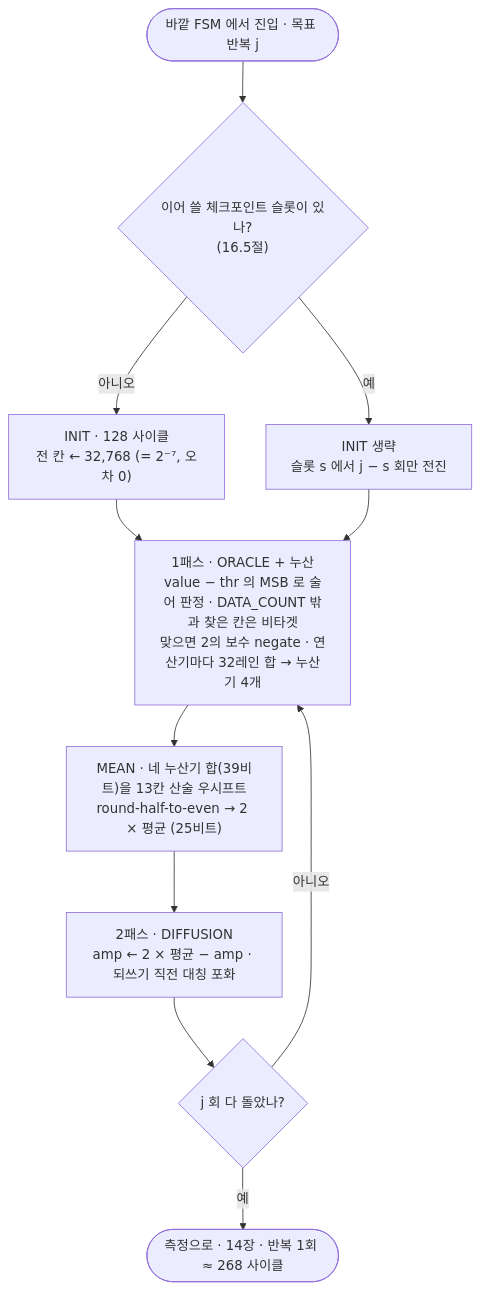
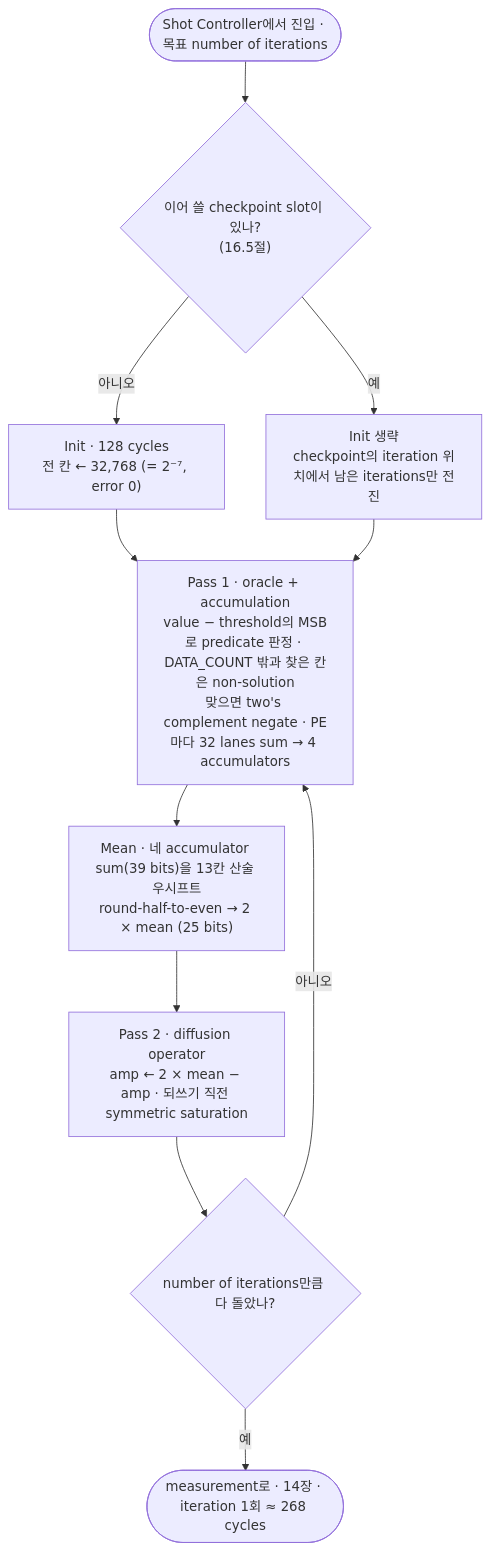
One commit to Git-Junsang/Quantum-Grover changed the diagram in documents/study_references/diagrams/src/13_datapath.mmd. Above: the diagram before and after it, drawn with Mermaid. The commit also changed 3854 other files, not shown here.

```diff
--- a/documents/study_references/diagrams/src/13_datapath.mmd
+++ b/documents/study_references/diagrams/src/13_datapath.mmd
@@ -1,11 +1,11 @@
 flowchart TD
-    IN([바깥 FSM 에서 진입 · 목표 반복 j]) --> CK{"이어 쓸 체크포인트 슬롯이 있나?<br/>(16.5절)"}
-    CK -->|아니오| INIT["INIT · 128 사이클<br/>전 칸 ← 32,768 (= 2⁻⁷, 오차 0)"]
-    CK -->|예| SKIP["INIT 생략<br/>슬롯 s 에서 j − s 회만 전진"]
+    IN([Shot Controller에서 진입 · 목표 number of iterations]) --> CK{"이어 쓸 checkpoint slot이 있나?<br/>(16.5절)"}
+    CK -->|아니오| INIT["Init · 128 cycles<br/>전 칸 ← 32,768 (= 2⁻⁷, error 0)"]
+    CK -->|예| SKIP["Init 생략<br/>checkpoint의 iteration 위치에서 남은 iterations만 전진"]
     INIT --> P1
     SKIP --> P1
-    P1["1패스 · ORACLE + 누산<br/>value − thr 의 MSB 로 술어 판정 · DATA_COUNT 밖과 찾은 칸은 비타겟<br/>맞으면 2의 보수 negate · 연산기마다 32레인 합 → 누산기 4개"] --> MEAN["MEAN · 네 누산기 합(39비트)을 13칸 산술 우시프트<br/>round-half-to-even → 2 × 평균 (25비트)"]
-    MEAN --> P2["2패스 · DIFFUSION<br/>amp ← 2 × 평균 − amp · 되쓰기 직전 대칭 포화"]
-    P2 --> CHK{"j 회 다 돌았나?"}
+    P1["Pass 1 · oracle + accumulation<br/>value − threshold의 MSB로 predicate 판정 · DATA_COUNT 밖과 찾은 칸은 non-solution<br/>맞으면 two's complement negate · PE마다 32 lanes sum → 4 accumulators"] --> MEAN["Mean · 네 accumulator sum(39 bits)을 13칸 산술 우시프트<br/>round-half-to-even → 2 × mean (25 bits)"]
+    MEAN --> P2["Pass 2 · diffusion operator<br/>amp ← 2 × mean − amp · 되쓰기 직전 symmetric saturation"]
+    P2 --> CHK{"number of iterations만큼 다 돌았나?"}
     CHK -->|아니오| P1
-    CHK -->|예| OUT([측정으로 · 14장 · 반복 1회 ≈ 268 사이클])
+    CHK -->|예| OUT([measurement로 · 14장 · iteration 1회 ≈ 268 cycles])
```
